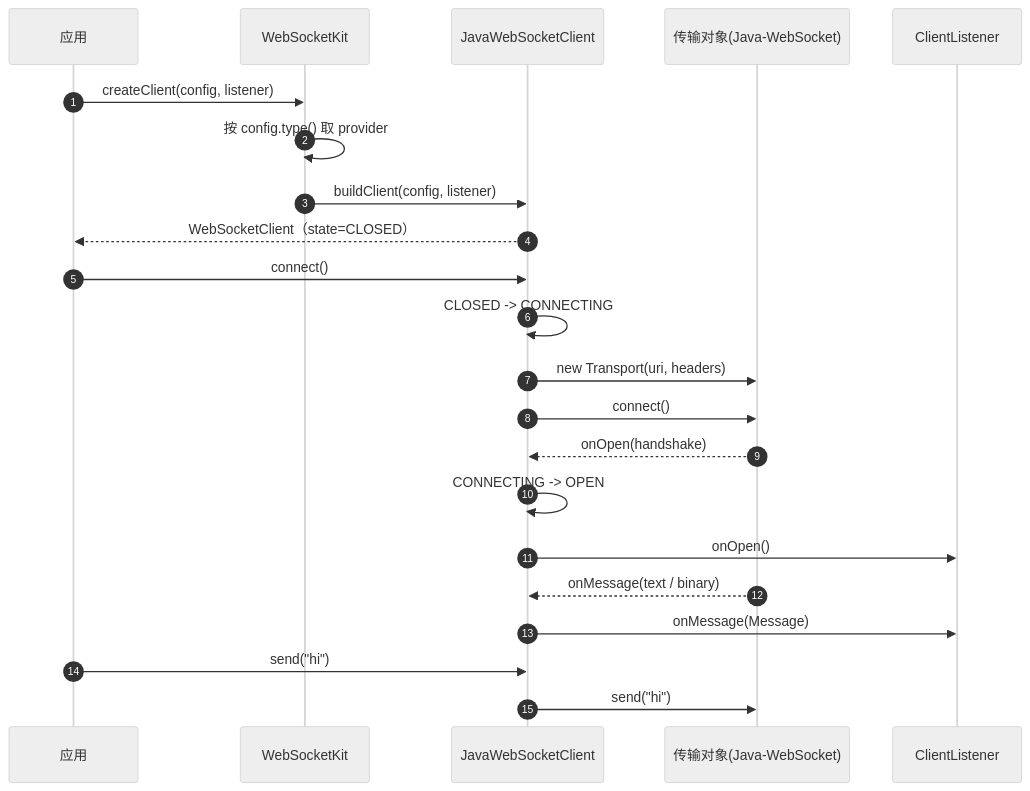
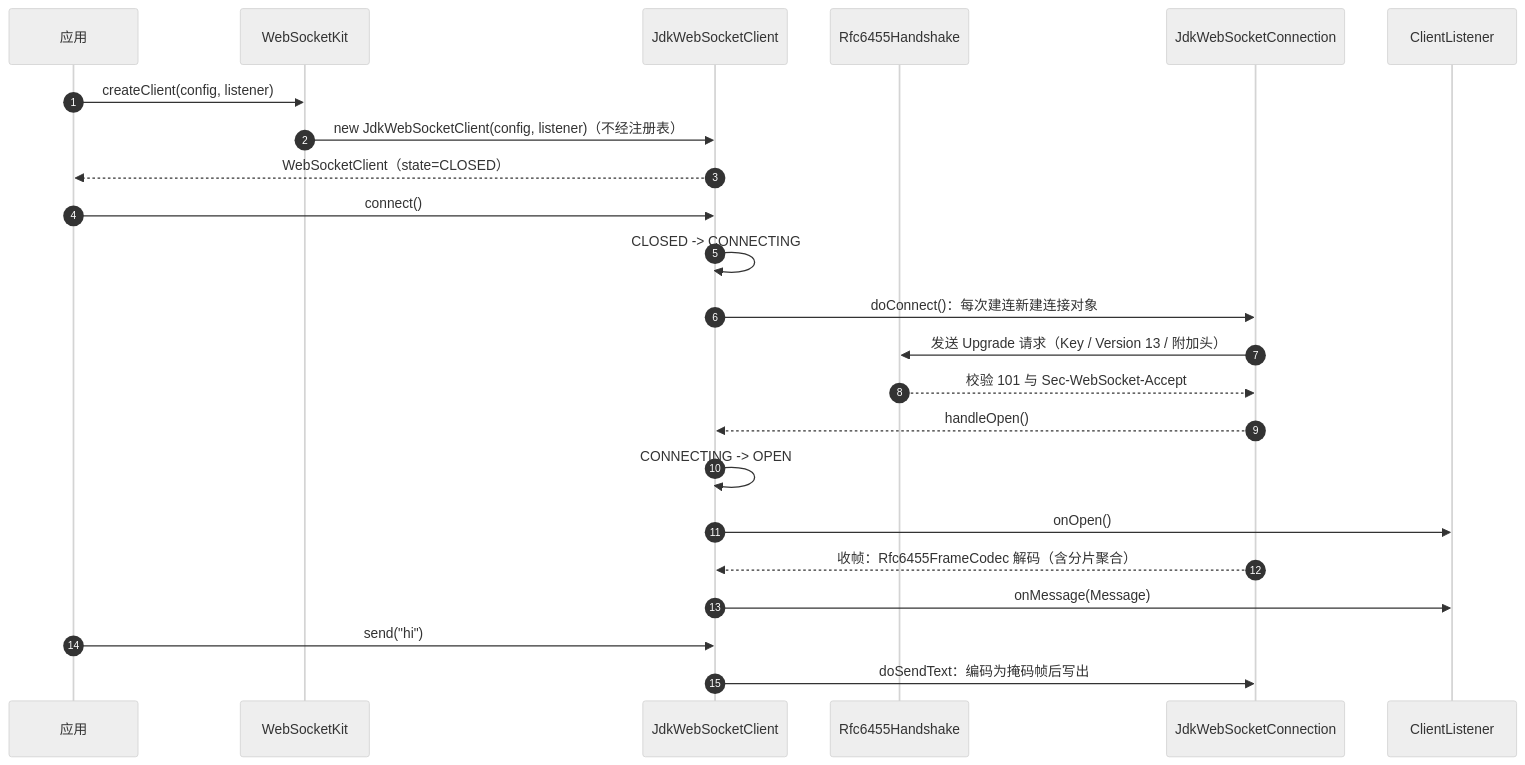
The second of 5 diagrams in aifei-websocket/docs/design.md (gollyhu/aifei-eco-modules), drawn with Mermaid (neutral theme) before and after one commit. The commit also changed other lines of this file and 49 other files, not shown here.

Commit message:
将 websocket 传输层改为 JDK 自实现 RFC6455 并移除 provider 扩展点

````diff
--- a/aifei-websocket/docs/design.md
+++ b/aifei-websocket/docs/design.md
@@ -1071,25 +1048,26 @@
 ```mermaid
 sequenceDiagram
     autonumber
     participant App as 应用
     participant Kit as WebSocketKit
-    participant C as JavaWebSocketClient
-    participant T as 传输对象(Java-WebSocket)
+    participant C as JdkWebSocketClient
+    participant H as Rfc6455Handshake
+    participant T as JdkWebSocketConnection
     participant L as ClientListener
 
     App->>Kit: createClient(config, listener)
-    Kit->>Kit: 按 config.type() 取 provider
-    Kit->>C: buildClient(config, listener)
+    Kit->>C: new JdkWebSocketClient(config, listener)（不经注册表）
     C-->>App: WebSocketClient（state=CLOSED）
     App->>C: connect()
     C->>C: CLOSED -> CONNECTING
-    C->>T: new Transport(uri, headers)
-    C->>T: connect()
-    T-->>C: onOpen(handshake)
+    C->>T: doConnect()：每次建连新建连接对象
+    T->>H: 发送 Upgrade 请求（Key / Version 13 / 附加头）
+    H-->>T: 校验 101 与 Sec-WebSocket-Accept
+    T-->>C: handleOpen()
     C->>C: CONNECTING -> OPEN
     C->>L: onOpen()
-    T-->>C: onMessage(text / binary)
+    T-->>C: 收帧：Rfc6455FrameCodec 解码（含分片聚合）
     C->>L: onMessage(Message)
     App->>C: send("hi")
-    C->>T: send("hi")
+    C->>T: doSendText：编码为掩码帧后写出
 ```
````
